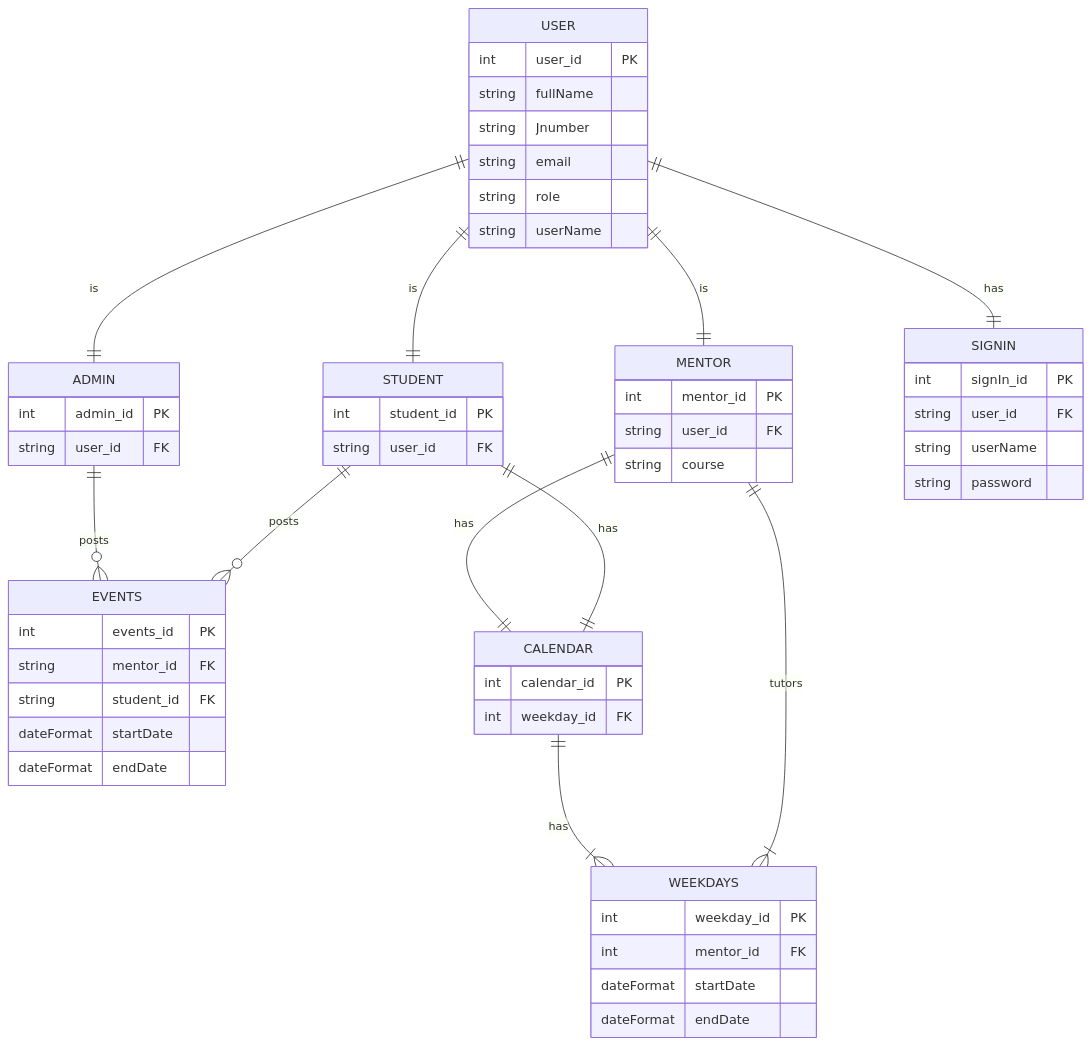
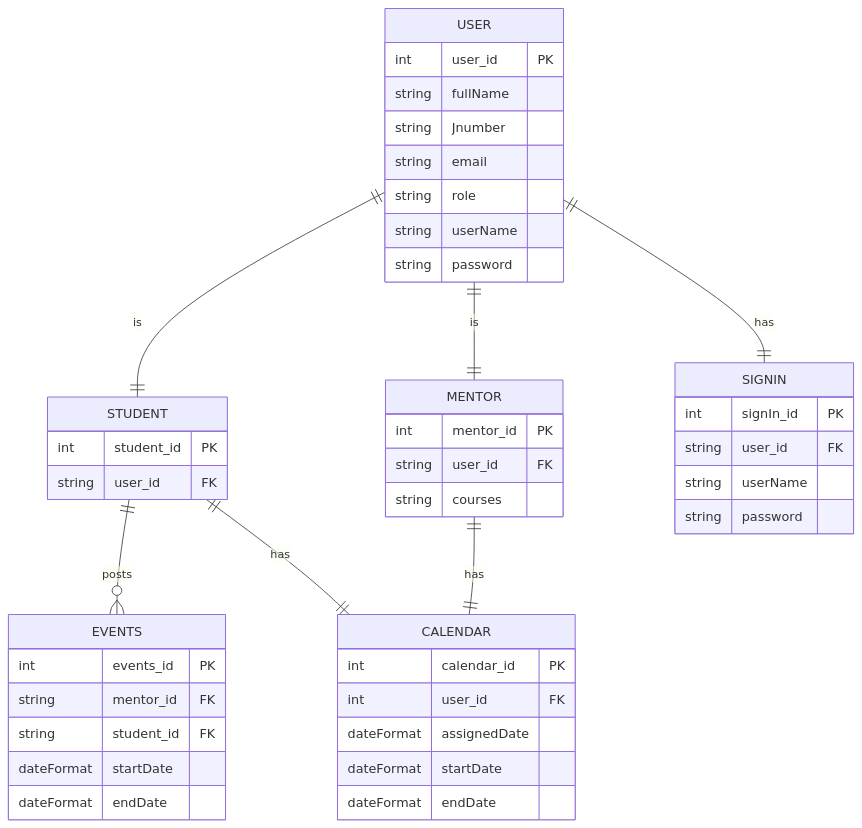
One commit to Swarmies/sap-web changed the diagram in Doc/ER_diagram.md. Above: the diagram before and after it, drawn with Mermaid. The commit also changed other lines of this file, not shown here.

Commit message:
updated according to PR review

````diff
--- a/Doc/ER_diagram.md
+++ b/Doc/ER_diagram.md
@@ -7,57 +13,48 @@
 ```mermaid
   erDiagram
-          USER ||--|| STUDENT : is
+          USER ||--|| STUDENT : is 
           USER ||--|| MENTOR : is
-          USER ||--|| ADMIN : is
           USER ||--|| SIGNIN : has
           STUDENT ||--o{ EVENTS : posts
           STUDENT ||--|| CALENDAR : has
           MENTOR ||--|| CALENDAR : has
-          MENTOR ||--|{ WEEKDAYS : tutors
-          ADMIN ||--o{ EVENTS : posts
-          CALENDAR ||--|{ WEEKDAYS: has
         USER {
             int user_id PK
             string fullName
             string Jnumber
             string email
             string role
             string userName
+            string password
         }
         STUDENT {
             int student_id PK
             string user_id FK
         }
         MENTOR {
             int mentor_id PK
             string user_id FK
-            string course
-        }
-        ADMIN {
-             int admin_id PK
-             string user_id FK
+            string courses
         }
         SIGNIN {
             int signIn_id PK
             string user_id FK
             string userName
-            string password
+            string password    
         }
         EVENTS {
             int events_id PK
             string mentor_id FK
             string student_id FK
             dateFormat startDate
             dateFormat endDate
         }
         CALENDAR {
             int calendar_id PK
-            int weekday_id FK
-        }
-        WEEKDAYS {
-            int weekday_id PK
-            int mentor_id FK
+            int user_id FK
+            dateFormat assignedDate
             dateFormat startDate
             dateFormat endDate
         }
+        
 ```
````
